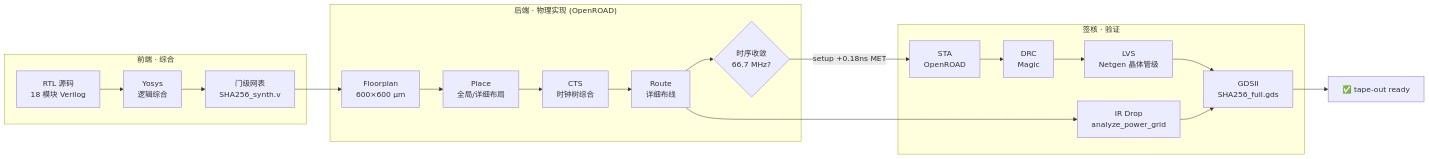
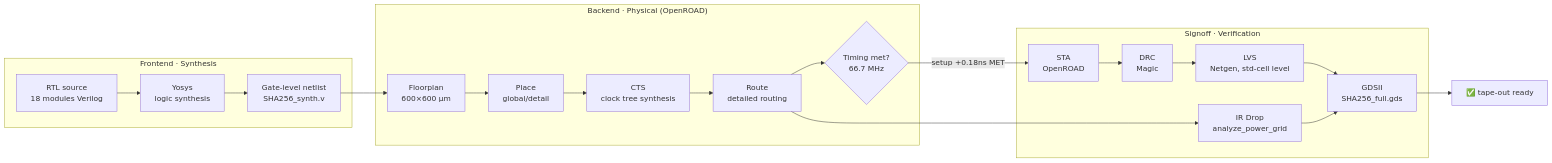
Before and after one commit to CDragon123-code/SHA-256: the first of 2 diagrams in README.md, drawn with Mermaid. The commit also changed other lines of this file and 1 other file, not shown here.

````diff
--- a/README.md
+++ b/README.md
@@ -16,26 +30,26 @@
 ```mermaid
 flowchart LR
-    subgraph 前端["前端 · 综合"]
-        A["RTL 源码<br/>18 模块 Verilog"] --> B["Yosys<br/>逻辑综合"]
-        B --> C["门级网表<br/>SHA256_synth.v"]
+    subgraph frontend["Frontend · Synthesis"]
+        A["RTL source<br/>18 modules Verilog"] --> B["Yosys<br/>logic synthesis"]
+        B --> C["Gate-level netlist<br/>SHA256_synth.v"]
     end
 
-    subgraph 后端["后端 · 物理实现 (OpenROAD)"]
+    subgraph backend["Backend · Physical (OpenROAD)"]
         C --> D["Floorplan<br/>600×600 µm"]
-        D --> E["Place<br/>全局/详细布局"]
-        E --> F["CTS<br/>时钟树综合"]
-        F --> G["Route<br/>详细布线"]
-        G --> H{"时序收敛<br/>66.7 MHz?"}
+        D --> E["Place<br/>global/detail"]
+        E --> F["CTS<br/>clock tree synthesis"]
+        F --> G["Route<br/>detailed routing"]
+        G --> H{"Timing met?<br/>66.7 MHz"}
     end
 
-    subgraph 签核["签核 · 验证"]
+    subgraph signoff["Signoff · Verification"]
         H -->|"setup +0.18ns MET"| I["STA<br/>OpenROAD"]
         G --> J["IR Drop<br/>analyze_power_grid"]
         I --> K["DRC<br/>Magic"]
-        K --> L["LVS<br/>Netgen 晶体管级"]
+        K --> L["LVS<br/>Netgen, std-cell level"]
         L --> M["GDSII<br/>SHA256_full.gds"]
         J --> M
     end
 
     M --> N["✅ tape-out ready"]
 ```
````
